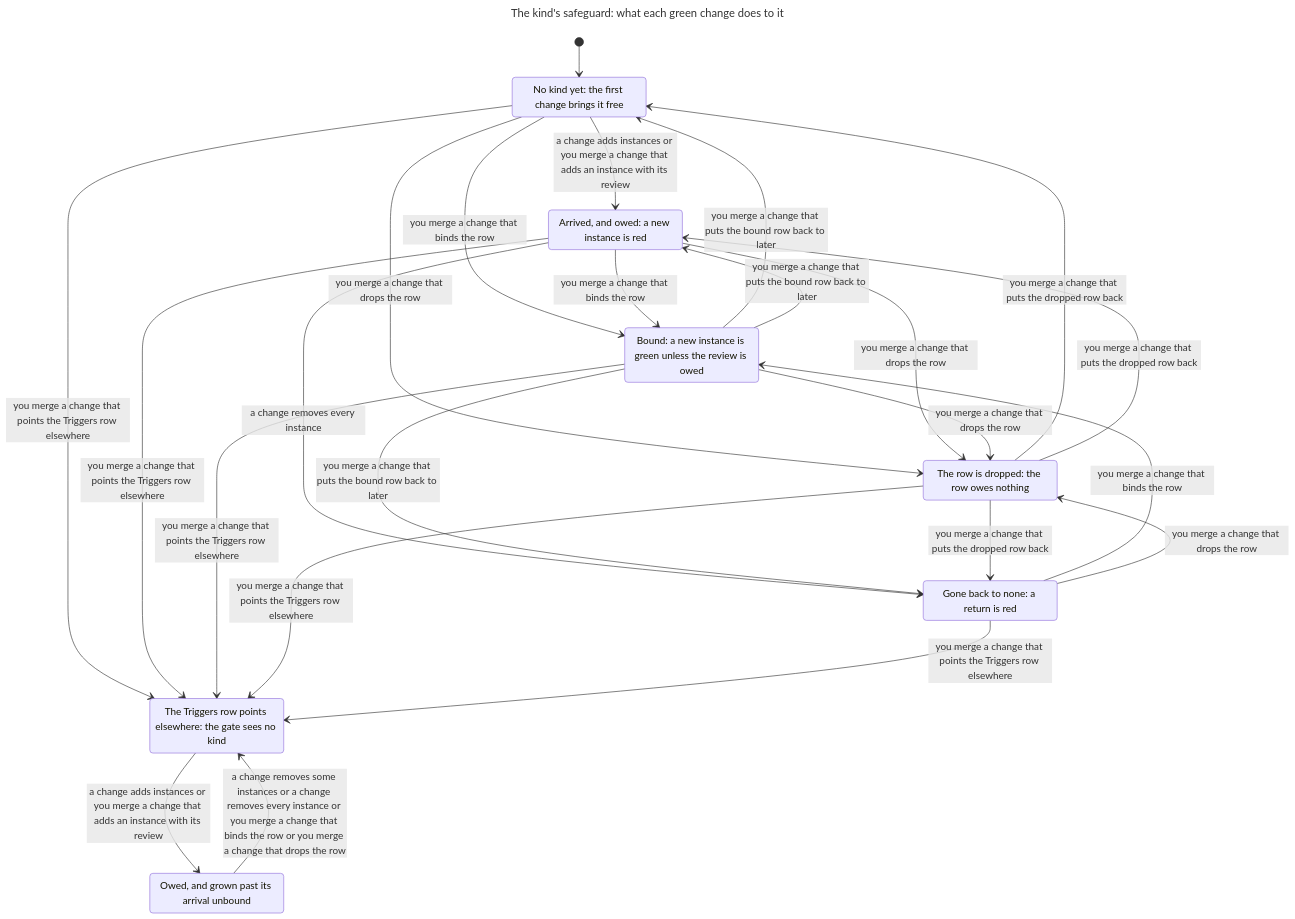
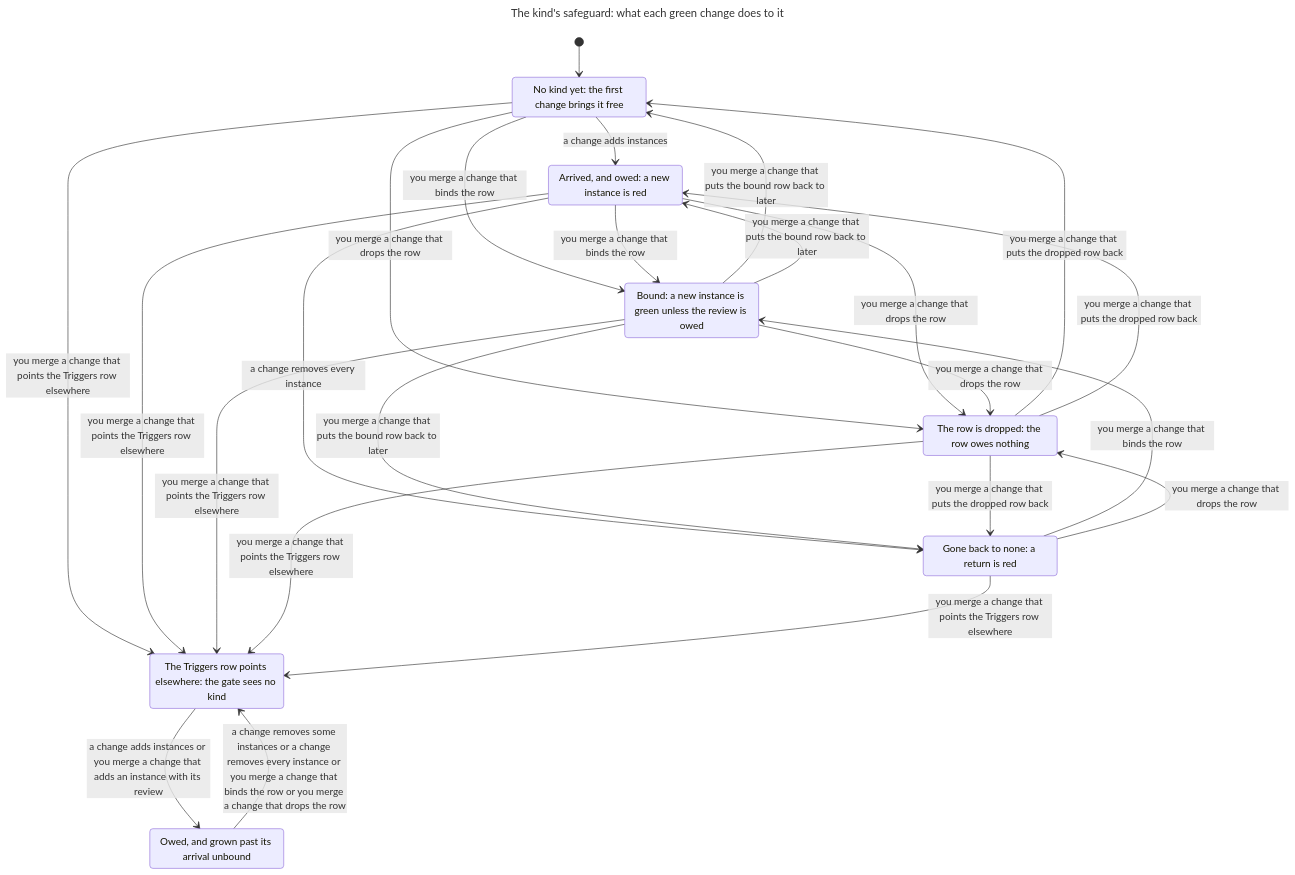
One commit to Simon-GitHub-Code/ratchet changed the first of 4 diagrams in docs/model/safeguard.md. Above: the diagram before and after it, drawn with Mermaid. The commit also changed other lines of this file and 5 other files, not shown here.

````diff
--- a/docs/model/safeguard.md
+++ b/docs/model/safeguard.md
@@ -109,36 +112,36 @@
 ```mermaid
 ---
 title: "The kind's safeguard: what each green change does to it"
 ---
 stateDiagram-v2
   s0: No kind yet: the first change brings it free
   s1: Arrived, and owed: a new instance is red
   s2: Bound: a new instance is green unless the review is owed
   s3: The row is dropped: the row owes nothing
   s4: The Triggers row points elsewhere: the gate sees no kind
   s5: Gone back to none: a return is red
   s6: Owed, and grown past its arrival unbound
   [*] --> s0
-  s0 --> s1: a change adds instances or you merge a change that adds an instance with its review
+  s0 --> s1: a change adds instances
   s0 --> s2: you merge a change that binds the row
   s0 --> s3: you merge a change that drops the row
   s0 --> s4: you merge a change that points the Triggers row elsewhere
   s1 --> s2: you merge a change that binds the row
   s1 --> s3: you merge a change that drops the row
   s1 --> s4: you merge a change that points the Triggers row elsewhere
   s1 --> s5: a change removes every instance
   s2 --> s0: you merge a change that puts the bound row back to later
   s2 --> s3: you merge a change that drops the row
   s2 --> s4: you merge a change that points the Triggers row elsewhere
   s3 --> s0: you merge a change that puts the dropped row back
   s3 --> s4: you merge a change that points the Triggers row elsewhere
   s2 --> s1: you merge a change that puts the bound row back to later
   s3 --> s1: you merge a change that puts the dropped row back
   s4 --> s6: a change adds instances or you merge a change that adds an instance with its review
   s5 --> s2: you merge a change that binds the row
   s5 --> s3: you merge a change that drops the row
   s5 --> s4: you merge a change that points the Triggers row elsewhere
   s2 --> s5: you merge a change that puts the bound row back to later
   s3 --> s5: you merge a change that puts the dropped row back
   s6 --> s4: a change removes some instances or a change removes every instance or you merge a change that binds the row or you merge a change that drops the row
 ```
````
